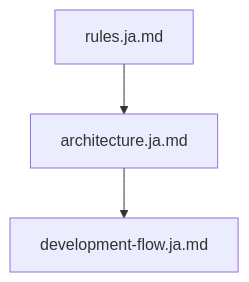
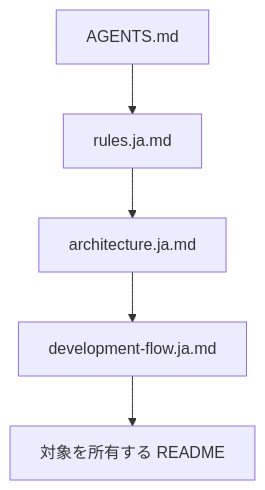
One commit to Tomy-ch/go-boilerplate changed the third of 7 diagrams in docs/ja/index.ja.md. Above: the diagram before and after it, drawn with Mermaid. The commit also changed other lines of this file and 1 other file, not shown here.

````diff
--- a/docs/ja/index.ja.md
+++ b/docs/ja/index.ja.md
@@ -38,4 +60,4 @@
 ```mermaid
 flowchart TB
-    A["rules.ja.md"] --> B["architecture.ja.md"] --> C["development-flow.ja.md"]
+    A["AGENTS.md"] --> B["rules.ja.md"] --> C["architecture.ja.md"] --> D["development-flow.ja.md"] --> E["対象を所有する README"]
 ```
````
